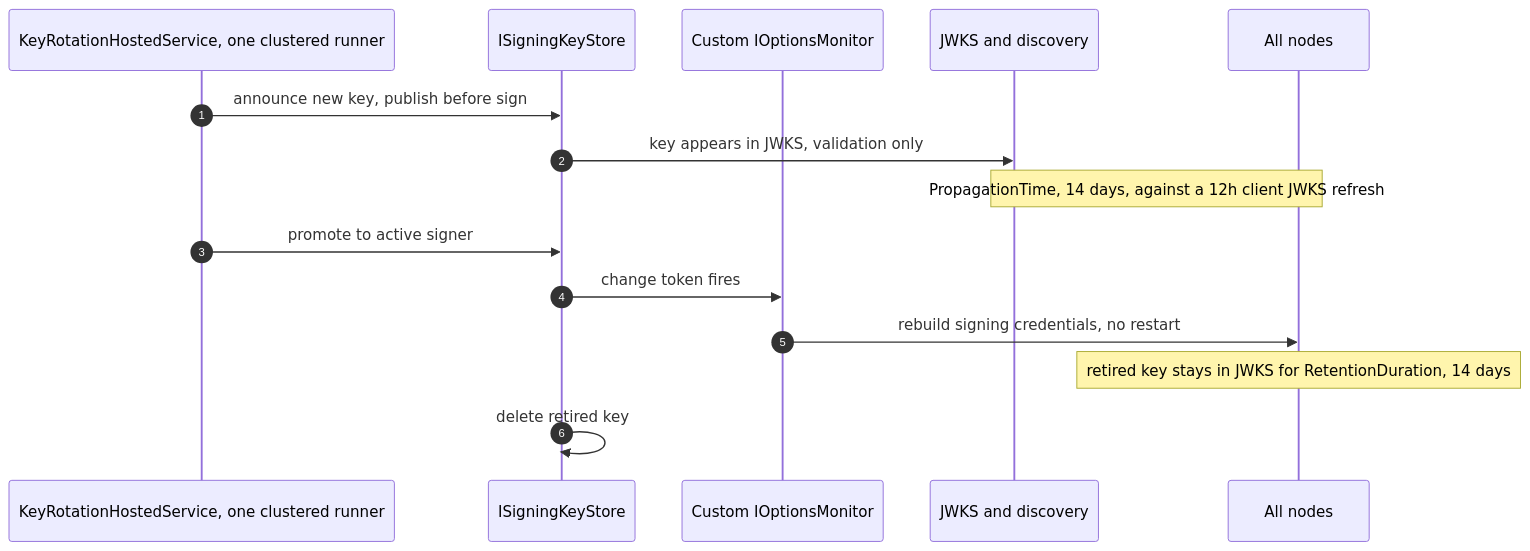
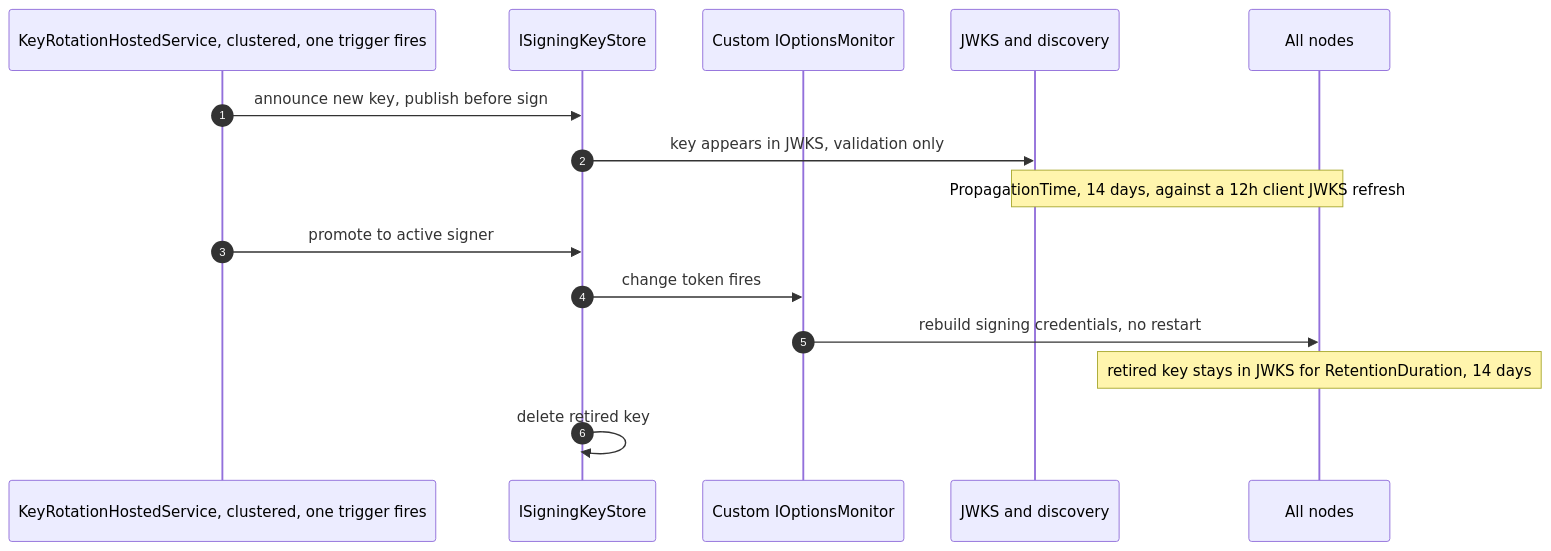
One commit to namphuongtran/nami changed the third of 16 diagrams in docs/architecture/06-runtime-views.md. Above: the diagram before and after it, drawn with Mermaid. The commit also changed other lines of this file and 3 other files, not shown here.

````diff
--- a/docs/architecture/06-runtime-views.md
+++ b/docs/architecture/06-runtime-views.md
@@ -127,17 +127,17 @@
 ```mermaid
 sequenceDiagram
   autonumber
-  participant Q as KeyRotationHostedService, one clustered runner
+  participant Q as KeyRotationHostedService, clustered, one trigger fires
   participant KS as ISigningKeyStore
   participant OM as Custom IOptionsMonitor
   participant JWKS as JWKS and discovery
   participant N as All nodes
   Q->>KS: announce new key, publish before sign
   KS->>JWKS: key appears in JWKS, validation only
   Note over JWKS,N: PropagationTime, 14 days, against a 12h client JWKS refresh
   Q->>KS: promote to active signer
   KS->>OM: change token fires
   OM->>N: rebuild signing credentials, no restart
   Note over N: retired key stays in JWKS for RetentionDuration, 14 days
   KS->>KS: delete retired key
 ```
````
